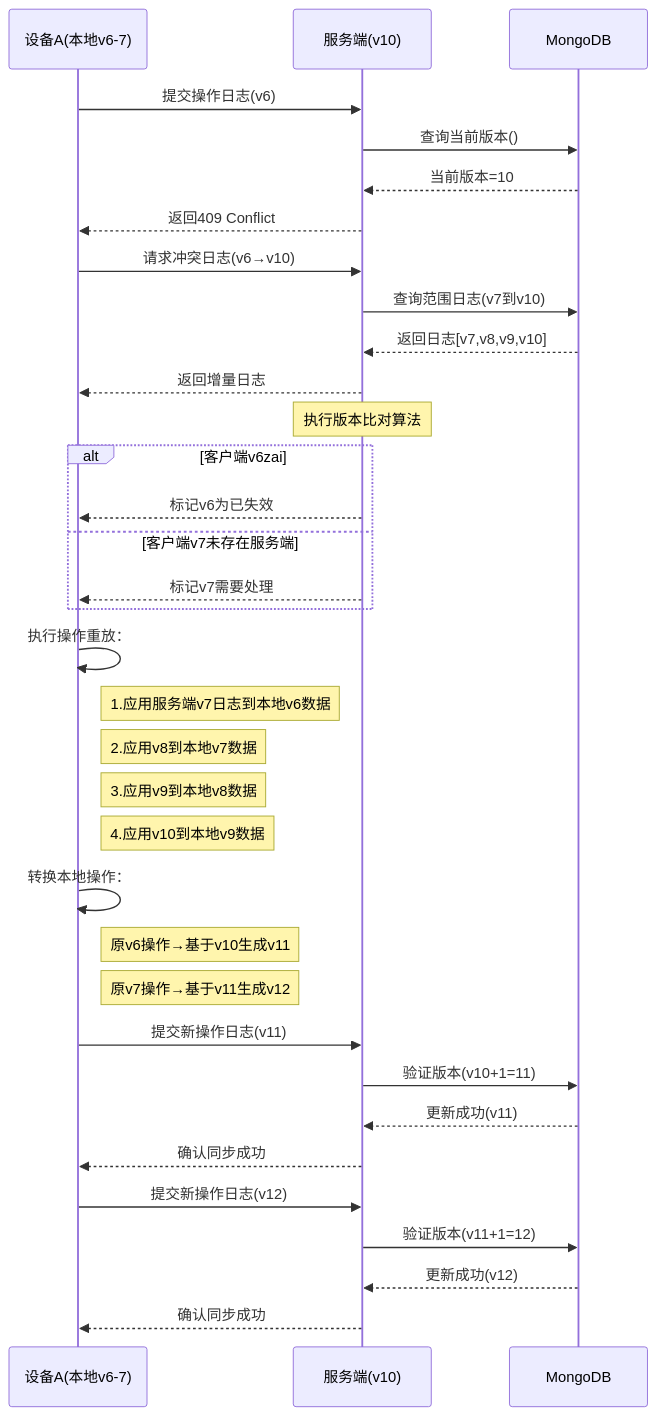
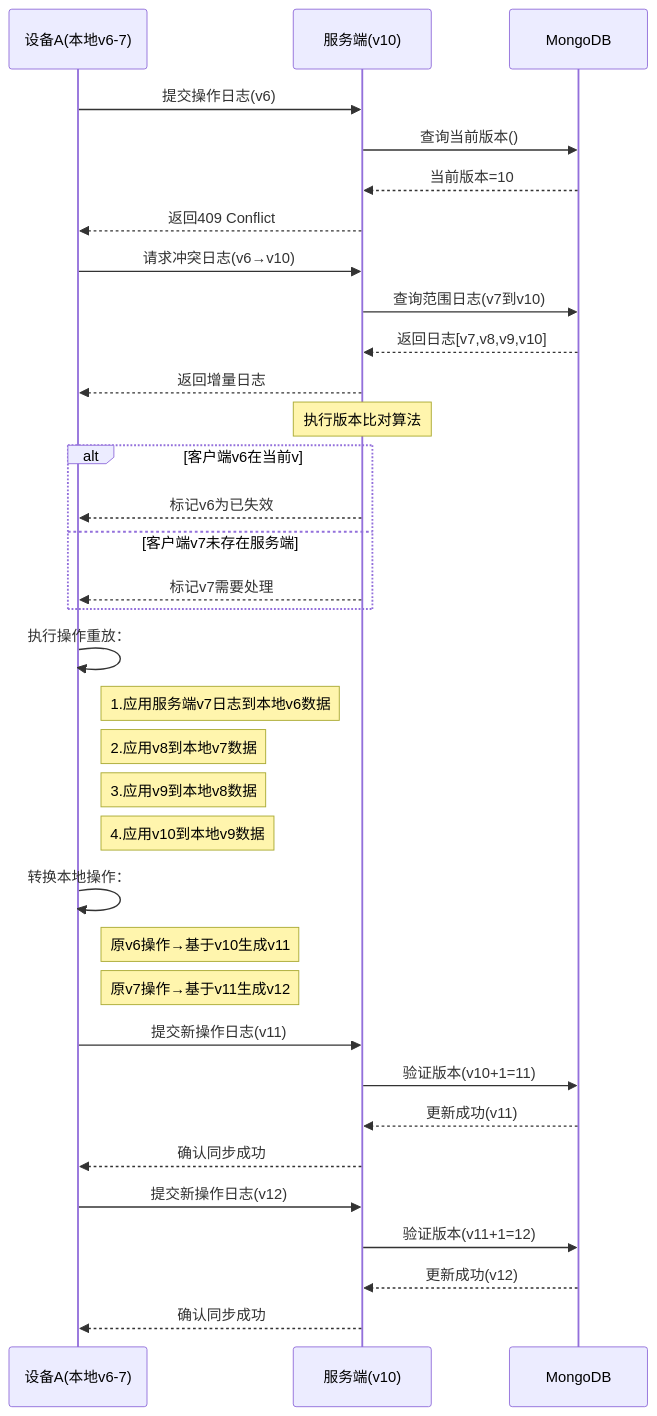
The diagram in all/未命名-26.md (yingjianzh/iodraw-files), drawn with Mermaid before and after one commit.

Commit message:
2025-02-26 16:47:04 update

````diff
--- a/all/未命名-26.md
+++ b/all/未命名-26.md
@@ -1,49 +1,49 @@
 ```mermaid
 sequenceDiagram
     participant A as 设备A(本地v6-7)
     participant S as 服务端(v10)
     participant DB as MongoDB
 
     %% 初始同步尝试
     A->>S: 提交操作日志(v6)
     S->>DB: 查询当前版本()
     DB-->>S: 当前版本=10
     S-->>A: 返回409 Conflict
 
     %% 冲突解决阶段
     A->>S: 请求冲突日志(v6→v10)
     S->>DB: 查询范围日志(v7到v10)
     DB-->>S: 返回日志[v7,v8,v9,v10]
     S-->>A: 返回增量日志
 
 
     Note over S: 执行版本比对算法
-    alt 客户端v6zai
+    alt 客户端v6在当前v
         S-->>A: 标记v6为已失效
     else 客户端v7未存在服务端
         S-->>A: 标记v7需要处理
     end
 
     %% 本地数据重建
     A->>A: 执行操作重放：
     note right of A: 1.应用服务端v7日志到本地v6数据
     note right of A: 2.应用v8到本地v7数据
     note right of A: 3.应用v9到本地v8数据
     note right of A: 4.应用v10到本地v9数据
 
     %% 本地操作转换
     A->>A: 转换本地操作：
     note right of A: 原v6操作→基于v10生成v11
     note right of A: 原v7操作→基于v11生成v12
 
     %% 重新提交
     A->>S: 提交新操作日志(v11)
     S->>DB: 验证版本(v10+1=11)
     DB-->>S: 更新成功(v11)
     S-->>A: 确认同步成功
 
     A->>S: 提交新操作日志(v12)
     S->>DB: 验证版本(v11+1=12)
     DB-->>S: 更新成功(v12)
     S-->>A: 确认同步成功
 ```
````
